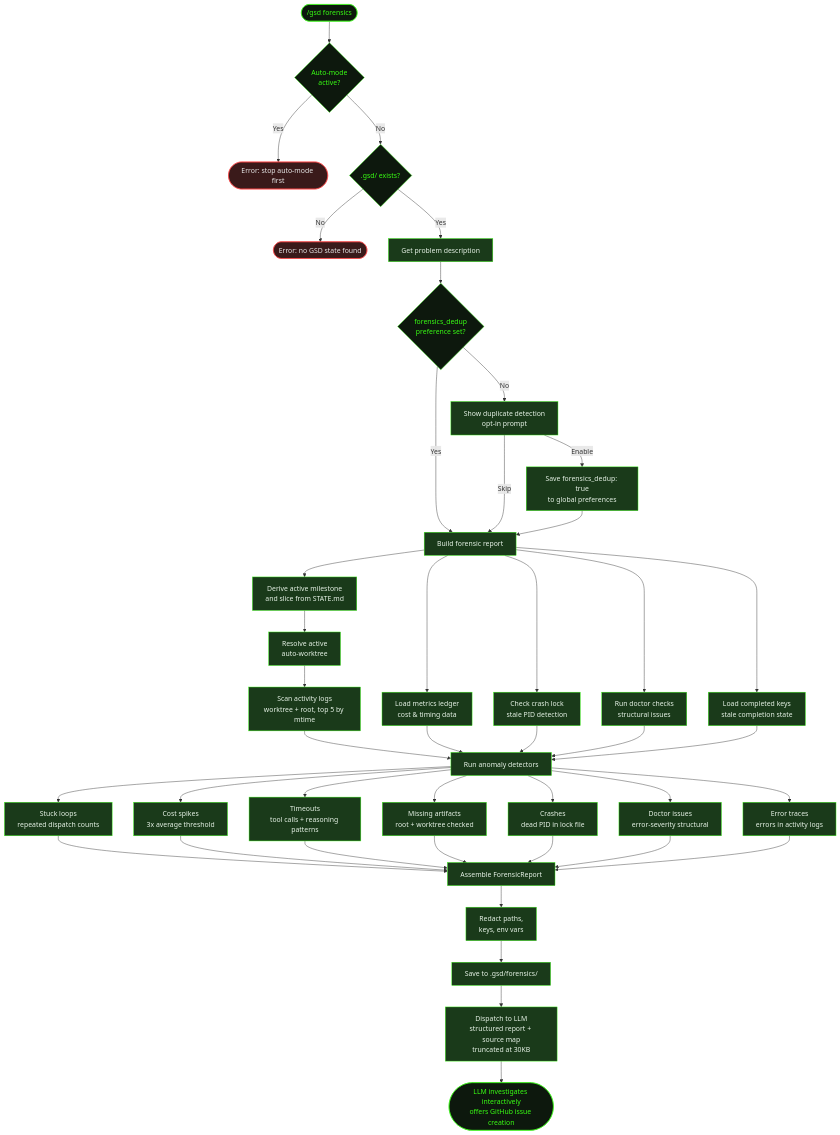
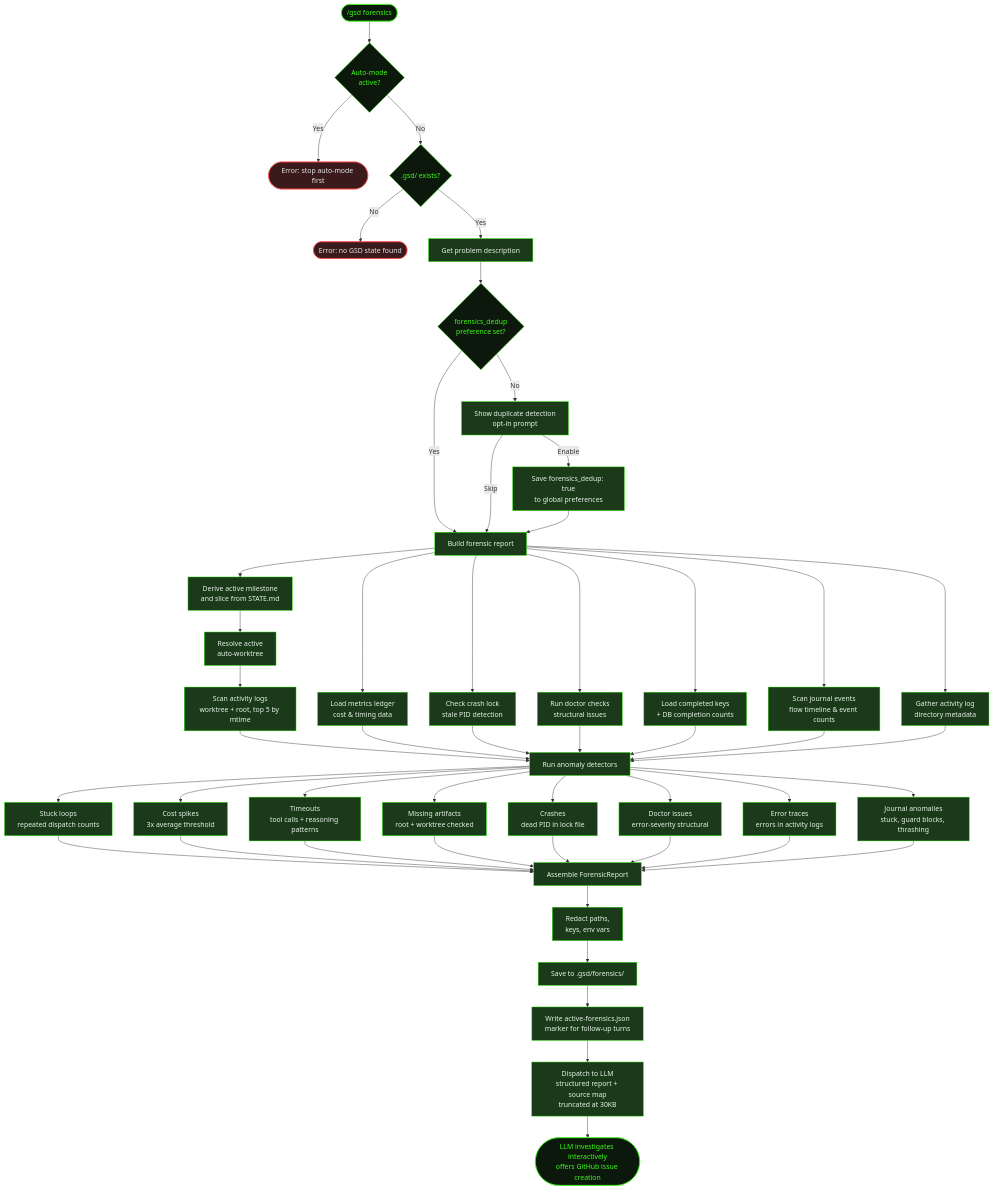
One commit to shusha-group/gsd2-guide changed the diagram in src/content/docs/commands/forensics.mdx. Above: the diagram before and after it, drawn with Mermaid. The commit also changed other lines of this file and 4 other files, not shown here.

````diff
--- a/src/content/docs/commands/forensics.mdx
+++ b/src/content/docs/commands/forensics.mdx
@@ -46,13 +46,17 @@
     Build --> Scan2[Load metrics ledger<br/>cost & timing data]
     Build --> Scan3[Check crash lock<br/>stale PID detection]
     Build --> Scan4[Run doctor checks<br/>structural issues]
-    Build --> Scan5[Load completed keys<br/>stale completion state]
+    Build --> Scan5[Load completed keys<br/>+ DB completion counts]
+    Build --> Scan6[Scan journal events<br/>flow timeline & event counts]
+    Build --> Scan7[Gather activity log<br/>directory metadata]
 
     Scan1 --> Detect[Run anomaly detectors]
     Scan2 --> Detect
     Scan3 --> Detect
     Scan4 --> Detect
     Scan5 --> Detect
+    Scan6 --> Detect
+    Scan7 --> Detect
 
     Detect --> D1[Stuck loops<br/>repeated dispatch counts]
     Detect --> D2[Cost spikes<br/>3x average threshold]
@@ -61,6 +65,7 @@
     Detect --> D5[Crashes<br/>dead PID in lock file]
     Detect --> D6[Doctor issues<br/>error-severity structural]
     Detect --> D7[Error traces<br/>errors in activity logs]
+    Detect --> D8[Journal anomalies<br/>stuck, guard blocks, thrashing]
 
     D1 --> Report[Assemble ForensicReport]
     D2 --> Report
@@ -69,10 +74,12 @@
     D5 --> Report
     D6 --> Report
     D7 --> Report
+    D8 --> Report
 
     Report --> Redact[Redact paths,<br/>keys, env vars]
     Redact --> Save[Save to .gsd/forensics/]
-    Save --> Dispatch[Dispatch to LLM<br/>structured report + source map<br/>truncated at 30KB]
+    Save --> Marker[Write active-forensics.json<br/>marker for follow-up turns]
+    Marker --> Dispatch[Dispatch to LLM<br/>structured report + source map<br/>truncated at 30KB]
     Dispatch --> LLM([LLM investigates interactively<br/>offers GitHub issue creation])
 
     style Start fill:#0d180d,stroke:#39ff14,color:#39ff14
@@ -92,6 +99,8 @@
     style Scan3 fill:#1a3a1a,stroke:#39ff14,color:#e8f4e8
     style Scan4 fill:#1a3a1a,stroke:#39ff14,color:#e8f4e8
     style Scan5 fill:#1a3a1a,stroke:#39ff14,color:#e8f4e8
+    style Scan6 fill:#1a3a1a,stroke:#39ff14,color:#e8f4e8
+    style Scan7 fill:#1a3a1a,stroke:#39ff14,color:#e8f4e8
     style Detect fill:#1a3a1a,stroke:#39ff14,color:#e8f4e8
     style D1 fill:#1a3a1a,stroke:#39ff14,color:#e8f4e8
     style D2 fill:#1a3a1a,stroke:#39ff14,color:#e8f4e8
@@ -100,9 +109,11 @@
     style D5 fill:#1a3a1a,stroke:#39ff14,color:#e8f4e8
     style D6 fill:#1a3a1a,stroke:#39ff14,color:#e8f4e8
     style D7 fill:#1a3a1a,stroke:#39ff14,color:#e8f4e8
+    style D8 fill:#1a3a1a,stroke:#39ff14,color:#e8f4e8
     style Report fill:#1a3a1a,stroke:#39ff14,color:#e8f4e8
     style Redact fill:#1a3a1a,stroke:#39ff14,color:#e8f4e8
     style Save fill:#1a3a1a,stroke:#39ff14,color:#e8f4e8
+    style Marker fill:#1a3a1a,stroke:#39ff14,color:#e8f4e8
     style Dispatch fill:#1a3a1a,stroke:#39ff14,color:#e8f4e8
     style LLM fill:#0d180d,stroke:#39ff14,color:#39ff14
 ```
````
